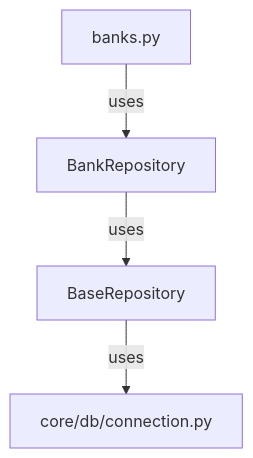
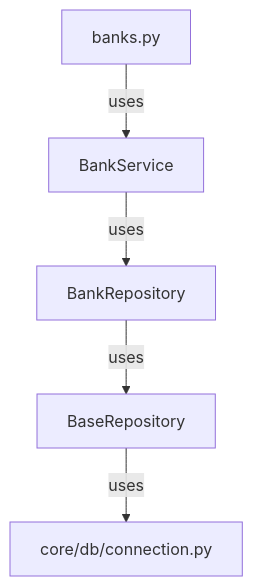
The ninth of 14 diagrams in docs/reports/Program_5_3B_Dependency_Graph.md (simcitysocial97-dev/ClariFin_OS), drawn with Mermaid before and after one commit. The commit also changed other lines of this file and 62 other files, not shown here.

````diff
--- a/docs/reports/Program_5_3B_Dependency_Graph.md
+++ b/docs/reports/Program_5_3B_Dependency_Graph.md
@@ -117,6 +121,7 @@
 ```mermaid
 graph TD
-    A[banks.py] -->|uses| B[BankRepository]
-    B -->|uses| C[BaseRepository]
-    C -->|uses| D[core/db/connection.py]
+    A[banks.py] -->|uses| B[BankService]
+    B -->|uses| C[BankRepository]
+    C -->|uses| D[BaseRepository]
+    D -->|uses| E[core/db/connection.py]
 ```
````
